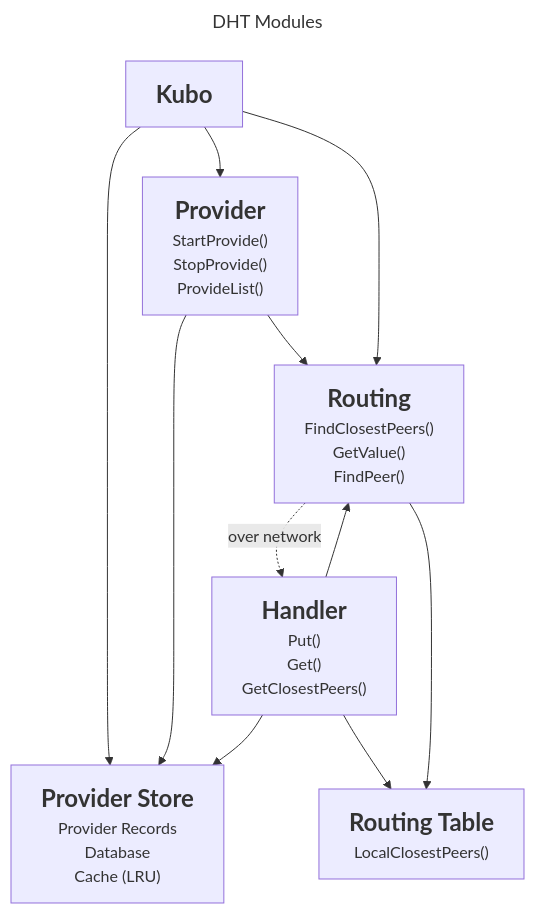
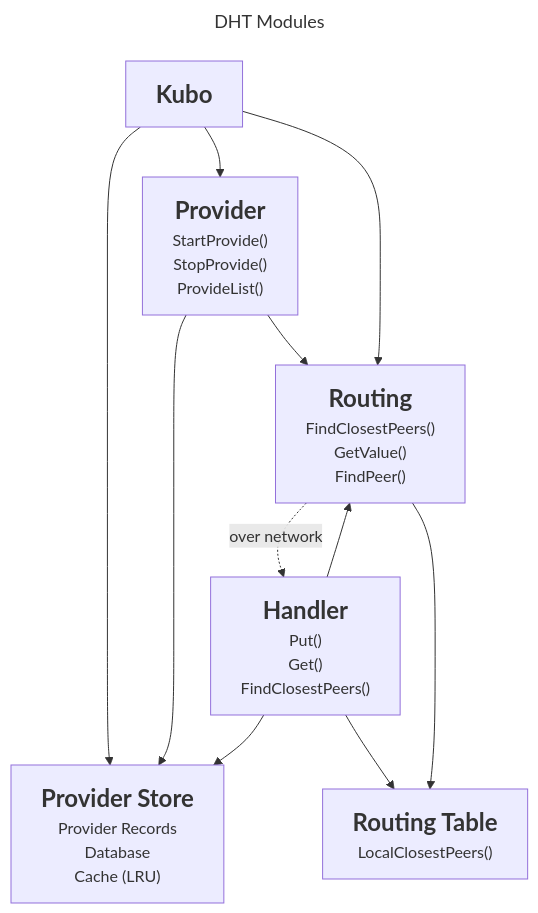
Before and after one commit to guillaumemichel/go-libp2p-kad-dht: the diagram in modules.md, drawn with Mermaid. The commit also changed other lines of this file, not shown here.

````diff
--- a/modules.md
+++ b/modules.md
@@ -5,16 +5,16 @@
 ```mermaid
 ---
 title: DHT Modules
 ---
 flowchart TD
     K["<font size=5><b>Kubo</b></font>"] --> P["<font size=5><b>Provider</b></font><br>StartProvide()<br>StopProvide()<br>ProvideList()"]
     K --> PS["<font size=5><b>Provider Store</b></font><br>Provider Records<br>Database<br>Cache (LRU)"]
     P --> PS
     P --> R
     K --> R["<font size=5><b>Routing</b></font><br>FindClosestPeers()<br>GetValue()<br>FindPeer()"]
-    H["<font size=5><b>Handler</b></font><br>Put()<br>Get()<br>GetClosestPeers()"] --> PS
+    H["<font size=5><b>Handler</b></font><br>Put()<br>Get()<br>FindClosestPeers()"] --> PS
     R -.->|over network| H
     H --> R
     H --> RT["<font size=5><b>Routing Table</b></font><br>LocalClosestPeers()"]
     R --> RT
 ```
````
